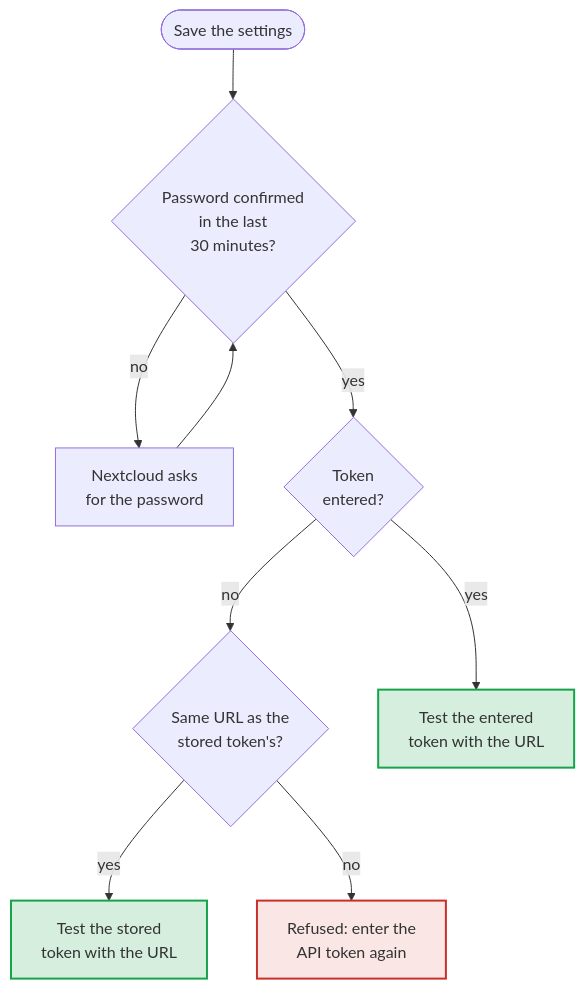
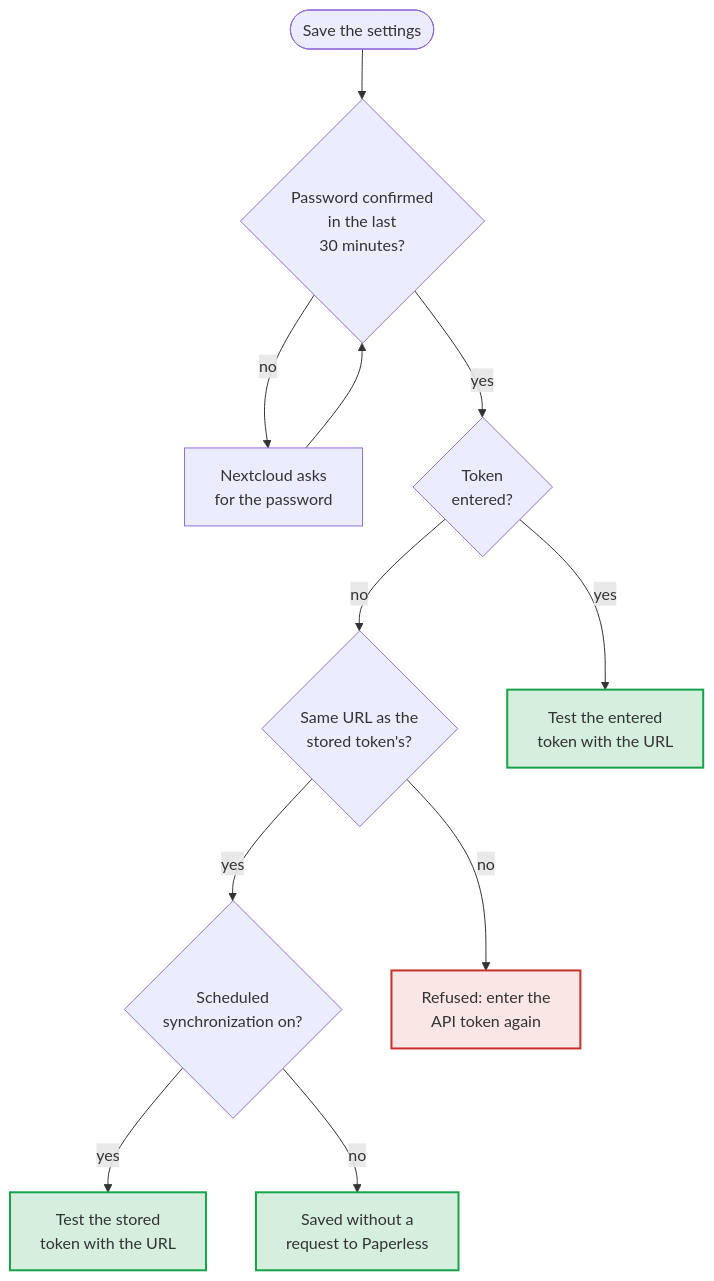
One commit to Dennis-Otto/paperless-sync changed the second of 3 diagrams in docs/security.md. Above: the diagram before and after it, drawn with Mermaid. The commit also changed other lines of this file and 20 other files, not shown here.

First line of the commit message:
fix(settings): keep the form in step with the server, allow pausing while Paperless is down, and make feedback reliable (#122)

````diff
--- a/docs/security.md
+++ b/docs/security.md
@@ -81,27 +81,31 @@
 ```mermaid
 flowchart TB
     accTitle: Which token a save of the settings tests
-    accDescr: Nextcloud first asks for the password of the administrator, unless it was confirmed in the last 30 minutes. A token that was entered is tested with the URL of the form. Without one, the stored token is tested only when the URL is the one that it was saved with; for another URL, the save is refused with the message to enter the token again, and no request leaves the server.
+    accDescr: Nextcloud first asks for the password of the administrator, unless it was confirmed in the last 30 minutes. A token that was entered is tested with the URL of the form. Without one, the stored token goes only to the URL that it was saved with: for that URL, the save tests it when scheduled synchronization is on, and otherwise stores the settings without a request to Paperless; for another URL, the save is refused with the message to enter the token again, and no request leaves the server.
 
     save(["Save the settings"])
     password{"Password confirmed<br>in the last<br>30 minutes?"}
     confirm["Nextcloud asks<br>for the password"]
     entered{"Token<br>entered?"}
     same{"Same URL as the<br>stored token's?"}
+    schedule{"Scheduled<br>synchronization on?"}
     typed["Test the entered<br>token with the URL"]
     stored["Test the stored<br>token with the URL"]
+    untested["Saved without a<br>request to Paperless"]
     refuse["Refused: enter the<br>API token again"]
 
     save --> password
     password -- "no" --> confirm --> password
     password -- "yes" --> entered
     entered -- "yes" --> typed
     entered -- "no" --> same
-    same -- "yes" --> stored
+    same -- "yes" --> schedule
+    schedule -- "yes" --> stored
+    schedule -- "no" --> untested
     same -- "no" --> refuse
 
     classDef done fill:#16a34a2e,stroke:#16a34a,stroke-width:2px
     classDef refused fill:#c9302c1f,stroke:#c9302c,stroke-width:2px
-    class typed,stored done
+    class typed,stored,untested done
     class refuse refused
 ```
````
